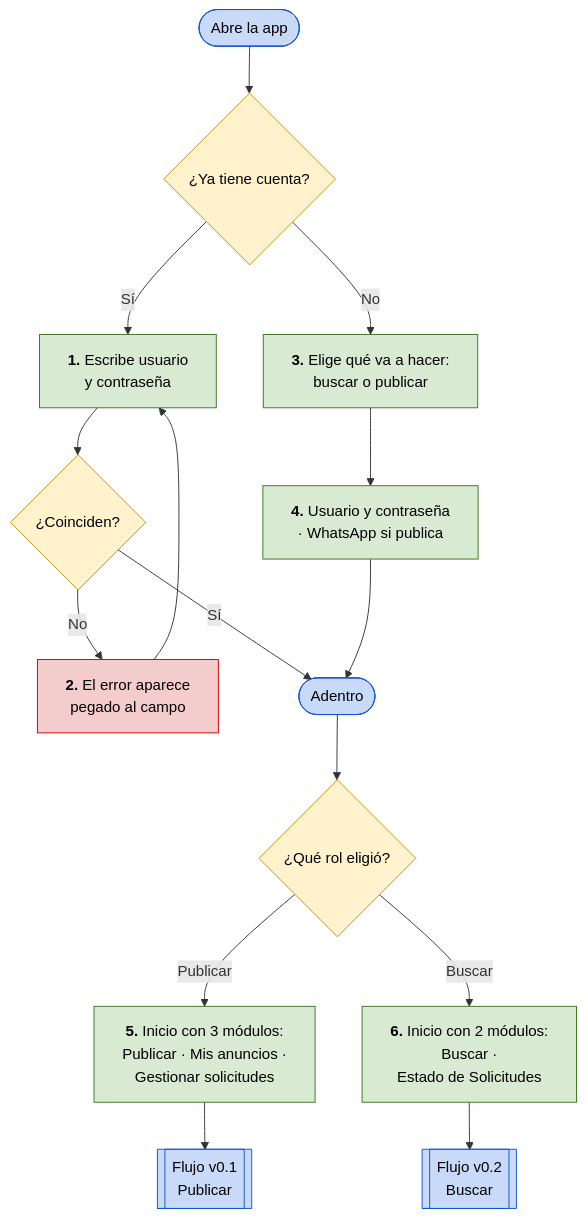
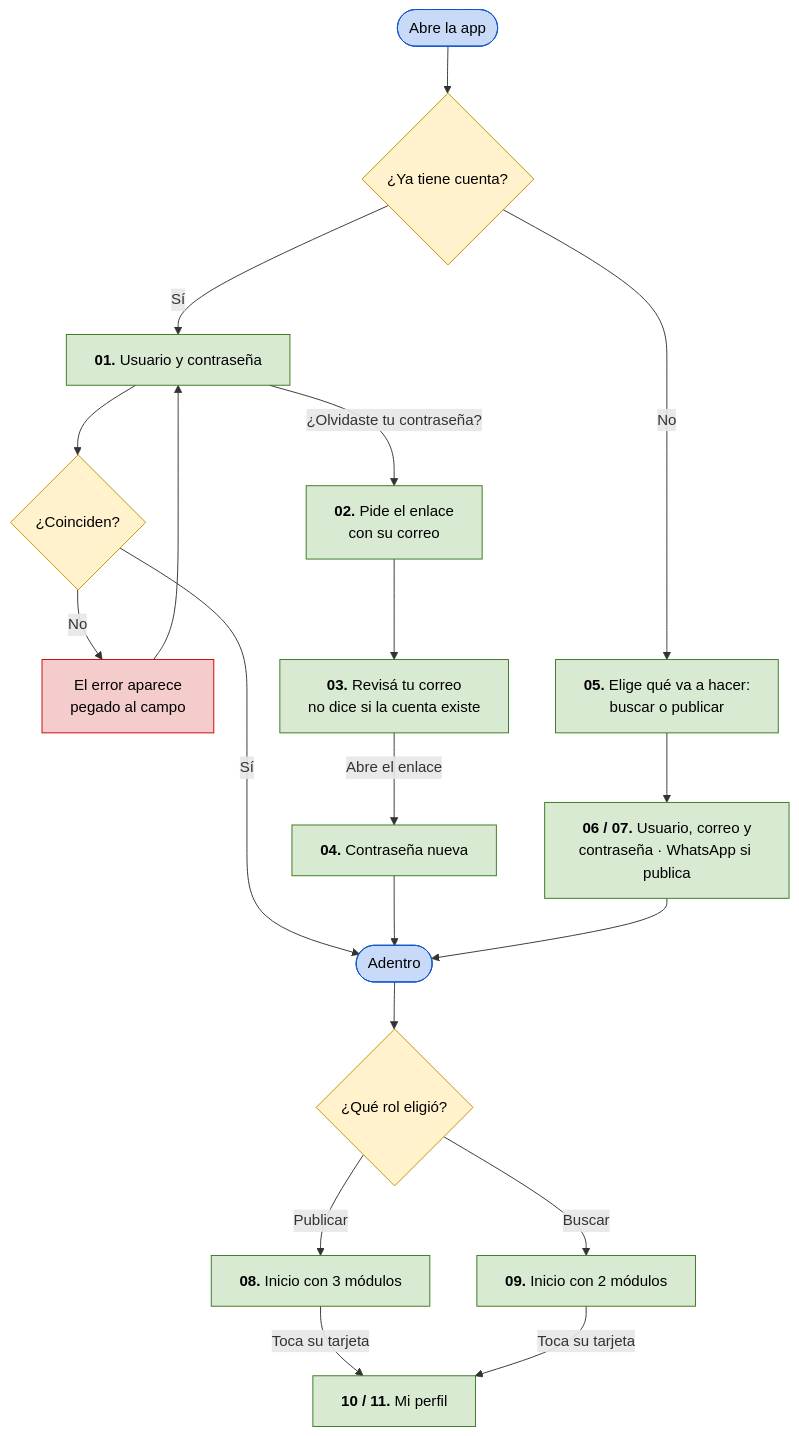
The diagram in flujo/flujo-v0.3.md (gadrilee/PetConnect), drawn with Mermaid before and after one commit. The commit also changed other lines of this file and 54 other files, not shown here.

````diff
--- a/flujo/flujo-v0.3.md
+++ b/flujo/flujo-v0.3.md
@@ -22,30 +23,35 @@
 ```mermaid
 flowchart TD
     S([Abre la app]) --> A{"¿Ya tiene cuenta?"}
 
-    A -->|Sí| L1["<b>1.</b> Escribe usuario<br/>y contraseña"]
+    A -->|Sí| L1["<b>01.</b> Usuario y contraseña"]
     L1 --> L2{"¿Coinciden?"}
-    L2 -->|No| E1["<b>2.</b> El error aparece<br/>pegado al campo"]
+    L2 -->|No| E1["El error aparece<br/>pegado al campo"]
     E1 --> L1
     L2 -->|Sí| F([Adentro])
 
-    A -->|No| R1["<b>3.</b> Elige qué va a hacer:<br/>buscar o publicar"]
-    R1 --> R2["<b>4.</b> Usuario y contraseña<br/>· WhatsApp si publica"]
+    L1 -->|¿Olvidaste tu contraseña?| O1["<b>02.</b> Pide el enlace<br/>con su correo"]
+    O1 --> O2["<b>03.</b> Revisá tu correo<br/>no dice si la cuenta existe"]
+    O2 -->|Abre el enlace| O3["<b>04.</b> Contraseña nueva"]
+    O3 --> F
+
+    A -->|No| R1["<b>05.</b> Elige qué va a hacer:<br/>buscar o publicar"]
+    R1 --> R2["<b>06 / 07.</b> Usuario, correo y<br/>contraseña · WhatsApp si publica"]
     R2 --> F
 
     F --> D{"¿Qué rol eligió?"}
-    D -->|Publicar| P5["<b>5.</b> Inicio con 3 módulos:<br/>Publicar · Mis anuncios ·<br/>Gestionar solicitudes"]
-    D -->|Buscar| P6["<b>6.</b> Inicio con 2 módulos:<br/>Buscar ·<br/>Estado de Solicitudes"]
-    P5 --> V1[["Flujo v0.1<br/>Publicar"]]
-    P6 --> V2[["Flujo v0.2<br/>Buscar"]]
+    D -->|Publicar| P8["<b>08.</b> Inicio con 3 módulos"]
+    D -->|Buscar| P9["<b>09.</b> Inicio con 2 módulos"]
+    P8 -->|Toca su tarjeta| M["<b>10 / 11.</b> Mi perfil"]
+    P9 -->|Toca su tarjeta| M
 
     classDef paso fill:#d9ead3,stroke:#38761d,color:#000
     classDef error fill:#f4cccc,stroke:#cc0000,color:#000
     classDef borde fill:#c9daf8,stroke:#1155cc,color:#000
     classDef otro fill:#fff2cc,stroke:#bf9000,color:#000
 
-    class L1,R1,R2,P5,P6 paso
+    class L1,O1,O2,O3,R1,R2,P8,P9,M paso
     class E1 error
-    class S,F,V1,V2 borde
+    class S,F borde
     class A,L2,D otro
 ```
````
